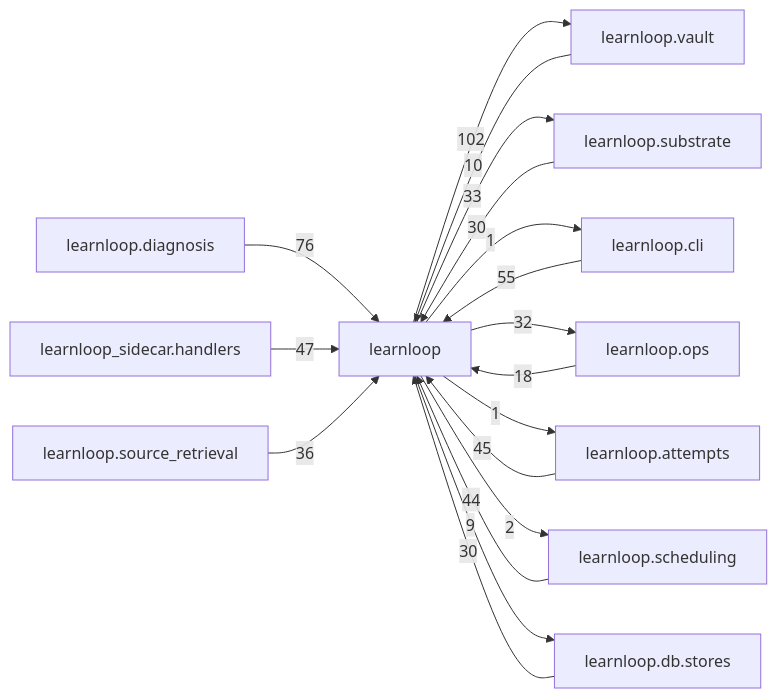
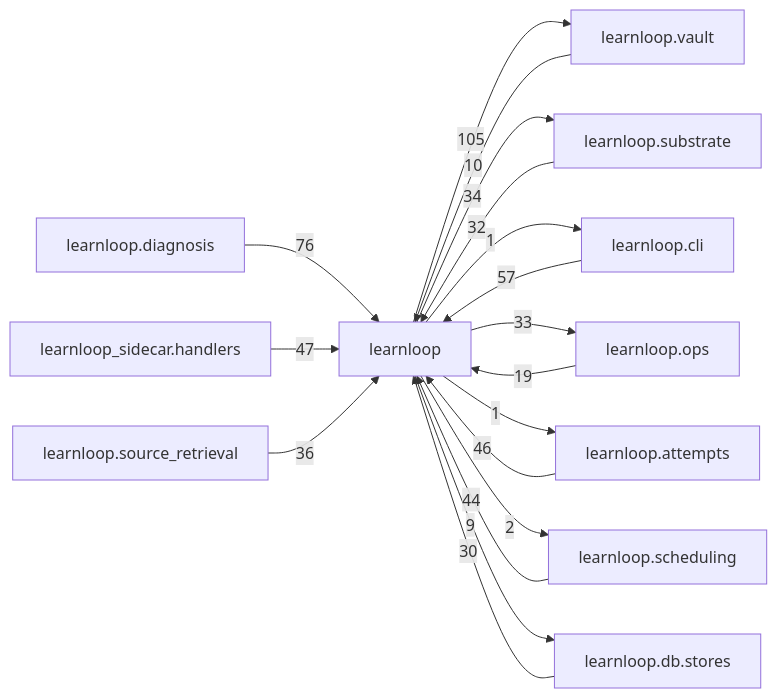
Before and after one commit to 6up-b/learnanything: the diagram in docs/learnloop-architecture-vault/Reference/Modules/learnloop/_package.md, drawn with Mermaid. The commit also changed other lines of this file and 62 other files, not shown here.

````diff
--- a/docs/learnloop-architecture-vault/Reference/Modules/learnloop/_package.md
+++ b/docs/learnloop-architecture-vault/Reference/Modules/learnloop/_package.md
@@ -312,31 +316,31 @@
 ```mermaid
 flowchart LR
     center["learnloop"]
     n_learnloop_vault["learnloop.vault"]
     n_learnloop_diagnosis["learnloop.diagnosis"]
     n_learnloop_substrate["learnloop.substrate"]
     n_learnloop_cli["learnloop.cli"]
     n_learnloop_ops["learnloop.ops"]
+    n_learnloop_attempts["learnloop.attempts"]
     n_learnloop_sidecar_handlers["learnloop_sidecar.handlers"]
-    n_learnloop_attempts["learnloop.attempts"]
     n_learnloop_scheduling["learnloop.scheduling"]
     n_learnloop_db_stores["learnloop.db.stores"]
     n_learnloop_source_retrieval["learnloop.source_retrieval"]
     n_learnloop_vault -->|10| center
-    center -->|102| n_learnloop_vault
+    center -->|105| n_learnloop_vault
     n_learnloop_diagnosis -->|76| center
-    n_learnloop_substrate -->|30| center
-    center -->|33| n_learnloop_substrate
-    n_learnloop_cli -->|55| center
+    n_learnloop_substrate -->|32| center
+    center -->|34| n_learnloop_substrate
+    n_learnloop_cli -->|57| center
     center -->|1| n_learnloop_cli
-    n_learnloop_ops -->|18| center
-    center -->|32| n_learnloop_ops
+    n_learnloop_ops -->|19| center
+    center -->|33| n_learnloop_ops
+    n_learnloop_attempts -->|46| center
+    center -->|1| n_learnloop_attempts
     n_learnloop_sidecar_handlers -->|47| center
-    n_learnloop_attempts -->|45| center
-    center -->|1| n_learnloop_attempts
     n_learnloop_scheduling -->|44| center
     center -->|2| n_learnloop_scheduling
     n_learnloop_db_stores -->|30| center
     center -->|9| n_learnloop_db_stores
     n_learnloop_source_retrieval -->|36| center
 ```
````
